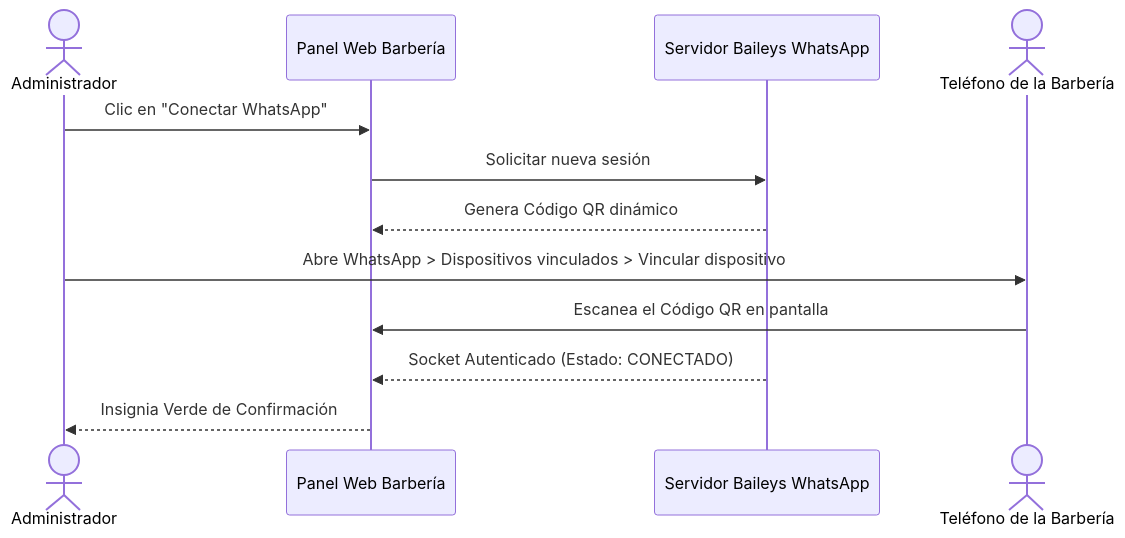
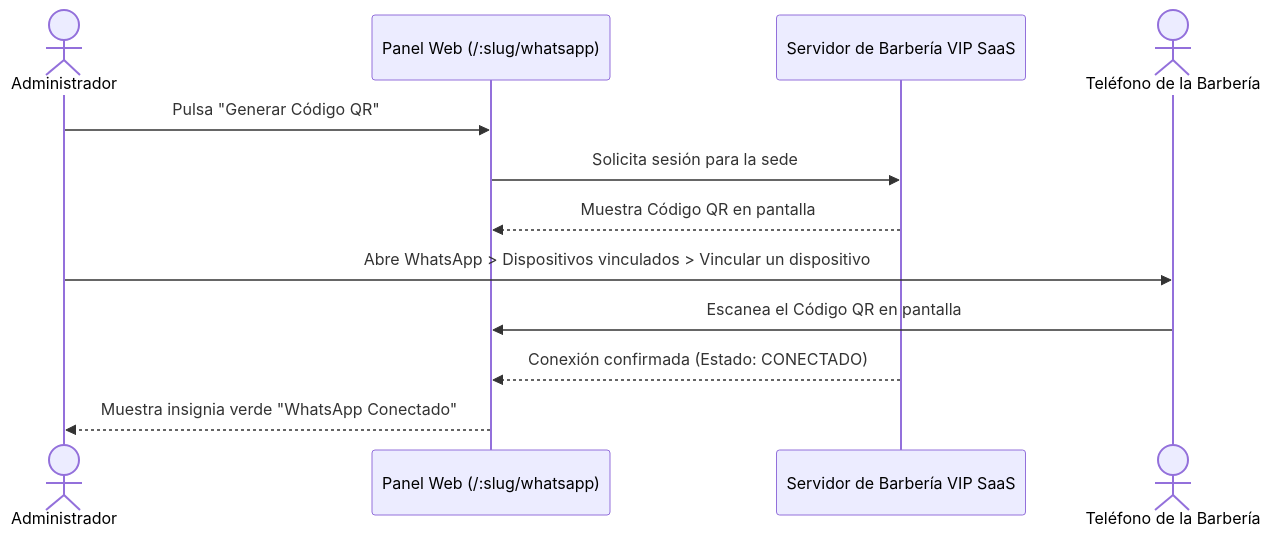
The fifth of 5 diagrams in docs/MANUAL_DE_USUARIO.md (dfelipe7/Barberia-Backend), drawn with Mermaid before and after one commit. The commit also changed other lines of this file, not shown here.

````diff
--- a/docs/MANUAL_DE_USUARIO.md
+++ b/docs/MANUAL_DE_USUARIO.md
@@ -274,15 +349,15 @@
 ```mermaid
 sequenceDiagram
     actor Admin as Administrador
-    participant Web as Panel Web Barbería
-    participant Server as Servidor Baileys WhatsApp
+    participant Web as Panel Web (/:slug/whatsapp)
+    participant Server as Servidor de Barbería VIP SaaS
     actor Phone as Teléfono de la Barbería
 
-    Admin->>Web: Clic en "Conectar WhatsApp"
-    Web->>Server: Solicitar nueva sesión
-    Server-->>Web: Genera Código QR dinámico
-    Admin->>Phone: Abre WhatsApp > Dispositivos vinculados > Vincular dispositivo
+    Admin->>Web: Pulsa "Generar Código QR"
+    Web->>Server: Solicita sesión para la sede
+    Server-->>Web: Muestra Código QR en pantalla
+    Admin->>Phone: Abre WhatsApp > Dispositivos vinculados > Vincular un dispositivo
     Phone->>Web: Escanea el Código QR en pantalla
-    Server-->>Web: Socket Autenticado (Estado: CONECTADO)
-    Web-->>Admin: Insignia Verde de Confirmación
+    Server-->>Web: Conexión confirmada (Estado: CONECTADO)
+    Web-->>Admin: Muestra insignia verde "WhatsApp Conectado"
 ```
````
